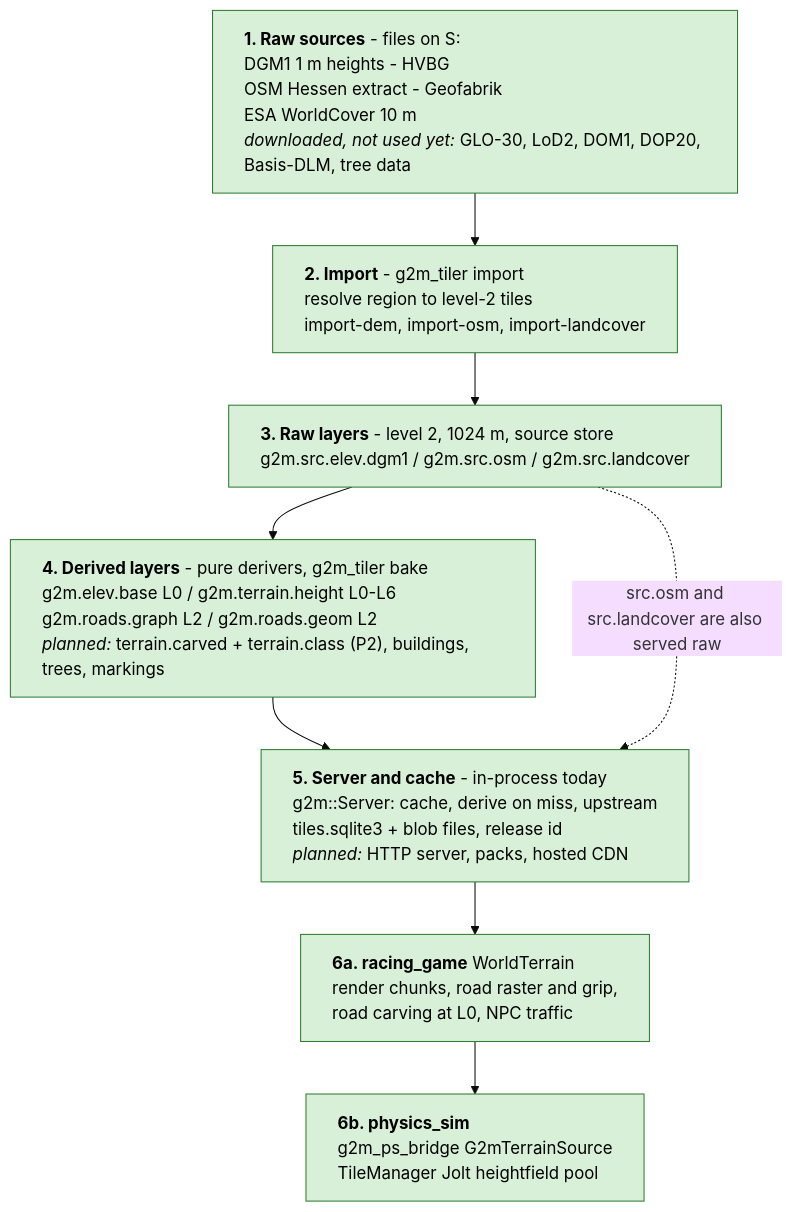
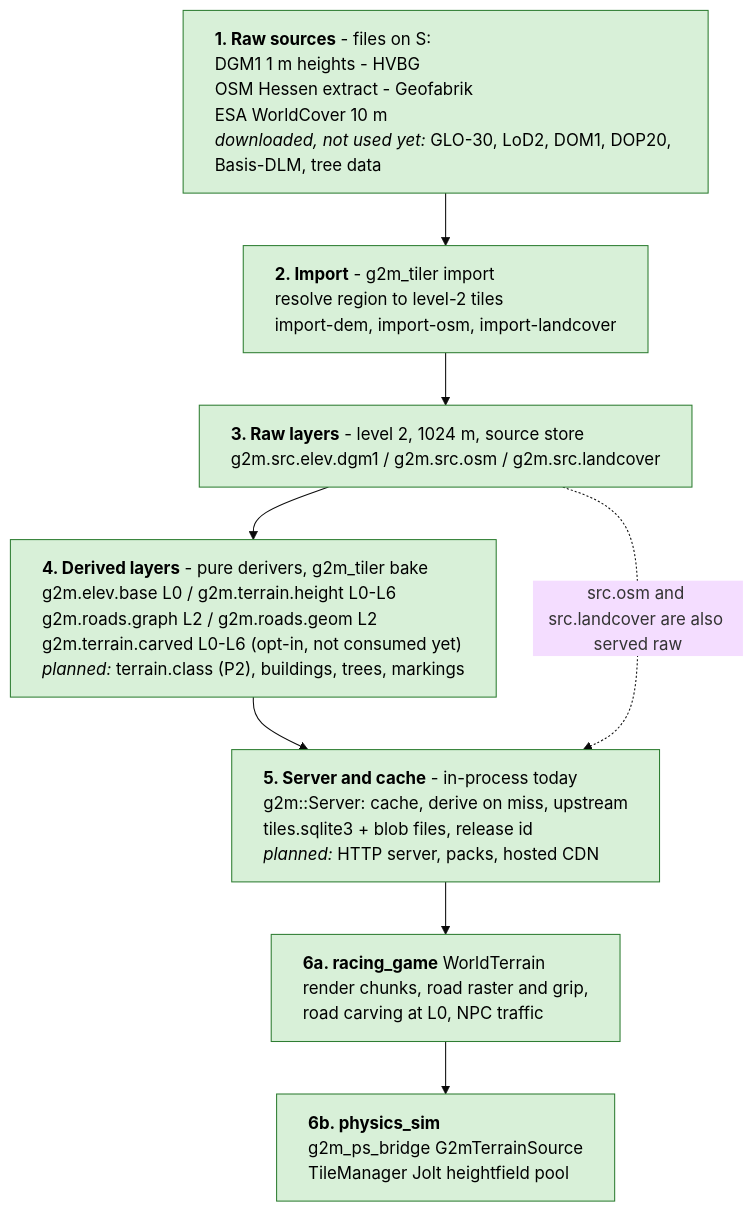
Before and after one commit to SebastianDanielFrenz/geo2map_engine: the first of 4 diagrams in docs/pipeline/README.md, drawn with Mermaid (base theme). The commit also changed other lines of this file and 23 other files, not shown here.

First line of the commit message:
P2 slice 9: g2m.terrain.carved L0-L6 (opt-in carved terrain layer)

````diff
--- a/docs/pipeline/README.md
+++ b/docs/pipeline/README.md
@@ -30,16 +30,16 @@
 ```mermaid
 %%{init: {"flowchart": {"wrappingWidth": 440, "useMaxWidth": false}}}%%
 flowchart TB
   SRC["<b>1. Raw sources</b> - files on S:<br/>DGM1 1 m heights - HVBG<br/>OSM Hessen extract - Geofabrik<br/>ESA WorldCover 10 m<br/><i>downloaded, not used yet:</i> GLO-30, LoD2, DOM1, DOP20, Basis-DLM, tree data"]
   IMP["<b>2. Import</b> - g2m_tiler import<br/>resolve region to level-2 tiles<br/>import-dem, import-osm, import-landcover"]
   RAW["<b>3. Raw layers</b> - level 2, 1024 m, source store<br/>g2m.src.elev.dgm1 / g2m.src.osm / g2m.src.landcover"]
-  BAKE["<b>4. Derived layers</b> - pure derivers, g2m_tiler bake<br/>g2m.elev.base L0 / g2m.terrain.height L0-L6<br/>g2m.roads.graph L2 / g2m.roads.geom L2<br/><i>planned:</i> terrain.carved + terrain.class (P2), buildings, trees, markings"]
+  BAKE["<b>4. Derived layers</b> - pure derivers, g2m_tiler bake<br/>g2m.elev.base L0 / g2m.terrain.height L0-L6<br/>g2m.roads.graph L2 / g2m.roads.geom L2<br/>g2m.terrain.carved L0-L6 (opt-in, not consumed yet)<br/><i>planned:</i> terrain.class (P2), buildings, trees, markings"]
   SRV["<b>5. Server and cache</b> - in-process today<br/>g2m::Server: cache, derive on miss, upstream<br/>tiles.sqlite3 + blob files, release id<br/><i>planned:</i> HTTP server, packs, hosted CDN"]
   GAME["<b>6a. racing_game</b> WorldTerrain<br/>render chunks, road raster and grip,<br/>road carving at L0, NPC traffic"]
   PHYS["<b>6b. physics_sim</b><br/>g2m_ps_bridge G2mTerrainSource<br/>TileManager Jolt heightfield pool"]
   SRC --> IMP --> RAW --> BAKE --> SRV --> GAME --> PHYS
   RAW -. "src.osm and src.landcover are also served raw" .-> SRV
 
   classDef done fill:#d8f0d8,stroke:#2e7d32,color:#000,text-align:left;
   class SRC,IMP,RAW,BAKE,SRV,GAME,PHYS done;
 ```
````
